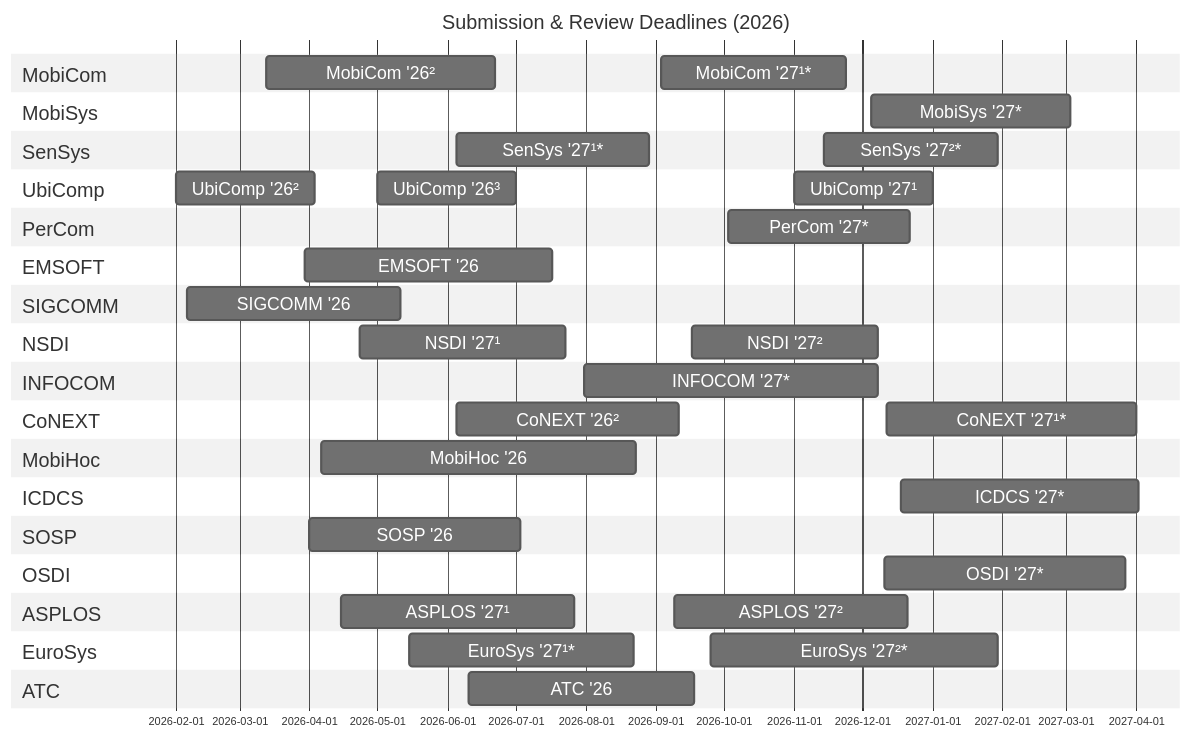
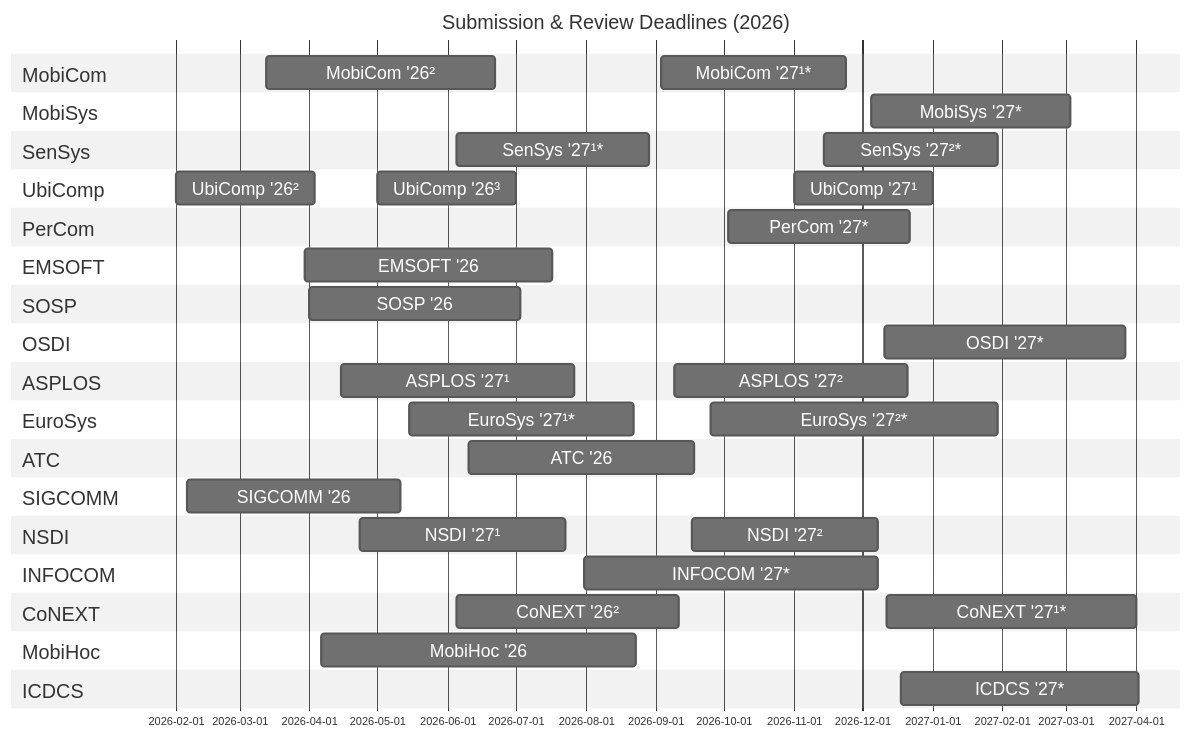
One commit to iamseonghoon/Mobile-Systems-Conference-Timelines changed the diagram in README.md. Above: the diagram before and after it, drawn with Mermaid. The commit also changed other lines of this file, not shown here.

Commit message:
Refactor Operating Systems section in README.md

````diff
--- a/README.md
+++ b/README.md
@@ -47,6 +47,26 @@
     EMSOFT '26 :emsoft26-review, 2026-03-30, 109d
 
     %% --------------------------
+    %% Operating Systems
+    %% --------------------------
+    section SOSP
+    SOSP '26 :sosp26-review, 2026-04-01, 93d
+
+    section OSDI
+    OSDI '27* :osdi27-review, 2026-12-11, 106d
+
+    section ASPLOS
+    ASPLOS '27¹ :asplos27-review1, 2026-04-15, 103d
+    ASPLOS '27² :asplos27-review2, 2026-09-09, 103d
+
+    section EuroSys
+    EuroSys '27¹* :eurosys27-review1, 2026-05-15, 99d
+    EuroSys '27²* :eurosys27-review2, 2026-09-25, 127d
+
+    section ATC
+    ATC '26 :atc26-review, 2026-06-10, 100d
+
+    %% --------------------------
     %% Networking / Distributed Systems
     %% --------------------------
     section SIGCOMM
@@ -68,24 +88,4 @@
 
     section ICDCS
     ICDCS '27* :icdcs27-review, 2026-12-18, 105d
-
-    %% --------------------------
-    %% Operating Systems
-    %% --------------------------
-    section SOSP
-    SOSP '26 :sosp26-review, 2026-04-01, 93d
-
-    section OSDI
-    OSDI '27* :osdi27-review, 2026-12-11, 106d
-
-    section ASPLOS
-    ASPLOS '27¹ :asplos27-review1, 2026-04-15, 103d
-    ASPLOS '27² :asplos27-review2, 2026-09-09, 103d
-
-    section EuroSys
-    EuroSys '27¹* :eurosys27-review1, 2026-05-15, 99d
-    EuroSys '27²* :eurosys27-review2, 2026-09-25, 127d
-
-    section ATC
-    ATC '26 :atc26-review, 2026-06-10, 100d
 ```
````
